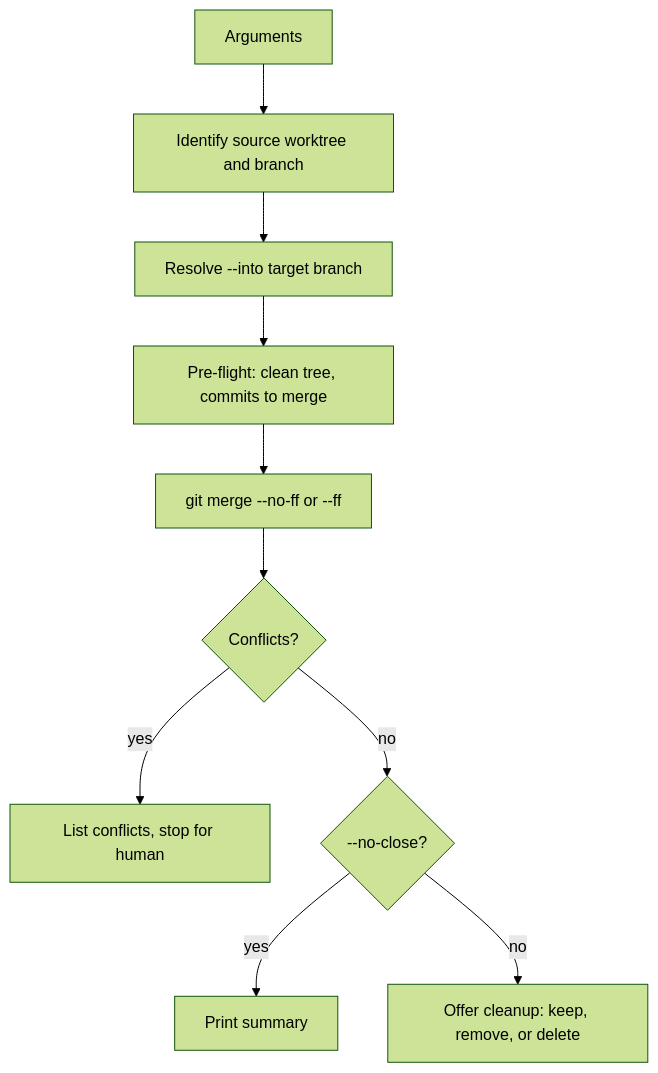
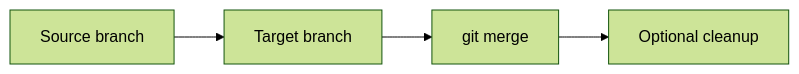
The third of 7 diagrams in plugins/empire-git/README.md (marcoskichel/elevator-pitch-skill), drawn with Mermaid (forest theme) before and after one commit. The commit also changed other lines of this file and 5 other files, not shown here.

First line of the commit message:
docs: simplify per-skill diagrams to horizontal high-level flow

````diff
--- a/plugins/empire-git/README.md
+++ b/plugins/empire-git/README.md
@@ -74,12 +63,6 @@
 ```mermaid
-flowchart TD
-  args[Arguments] --> source[Identify source worktree and branch]
-  source --> target[Resolve --into target branch]
-  target --> checks[Pre-flight: clean tree, commits to merge]
-  checks --> merge[git merge --no-ff or --ff]
-  merge --> conflict{Conflicts?}
-  conflict -- yes --> stop[List conflicts, stop for human]
-  conflict -- no --> close{--no-close?}
-  close -- yes --> done[Print summary]
-  close -- no --> cleanup[Offer cleanup: keep, remove, or delete]
+flowchart LR
+  source[Source branch] --> target[Target branch]
+  target --> merge[git merge]
+  merge --> close[Optional cleanup]
 ```
````
